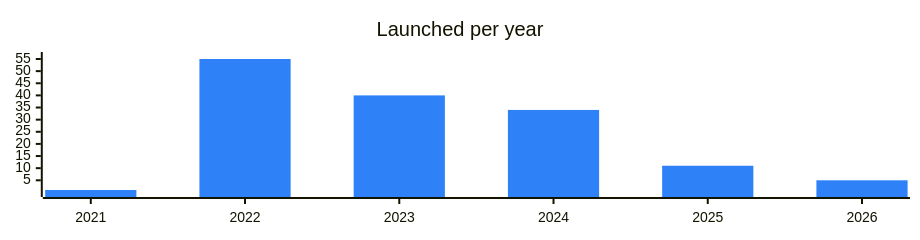
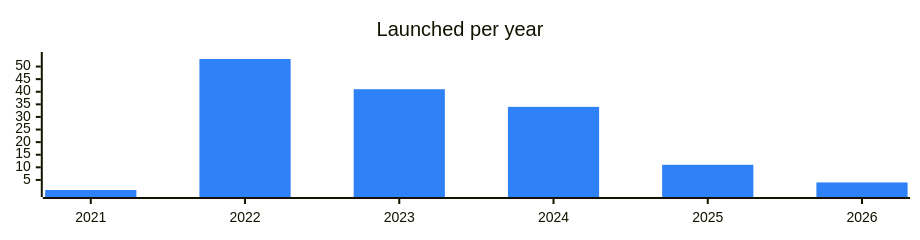
The diagram in categories/nftcaps.md (vitalikgpt/gram-ecosystem), drawn with Mermaid before and after one commit. The commit also changed other lines of this file and 71 other files, not shown here.

````diff
--- a/categories/nftcaps.md
+++ b/categories/nftcaps.md
@@ -7,7 +7,7 @@
 ```mermaid
 %%{init: {"xyChart": {"width": 900, "height": 220}, "themeVariables": {"xyChart": {"plotColorPalette": "#2f81f7"}}}}%%
 xychart-beta
   title "Launched per year"
   x-axis ["2021", "2022", "2023", "2024", "2025", "2026"]
-  bar [1, 55, 40, 34, 11, 5]
+  bar [1, 53, 41, 34, 11, 4]
 ```
````
